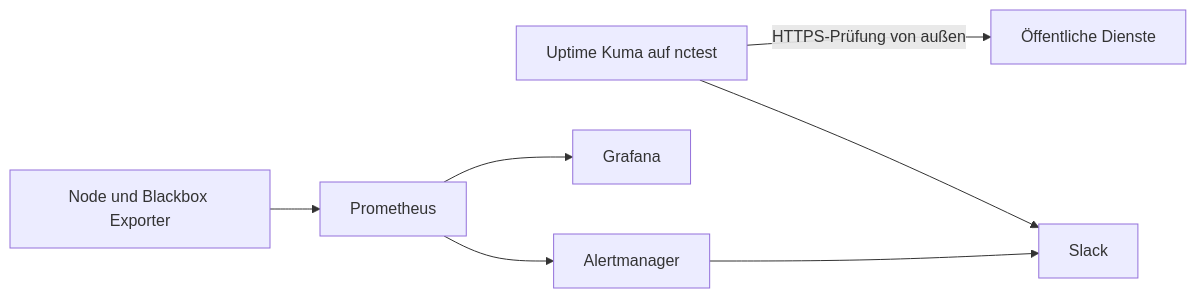
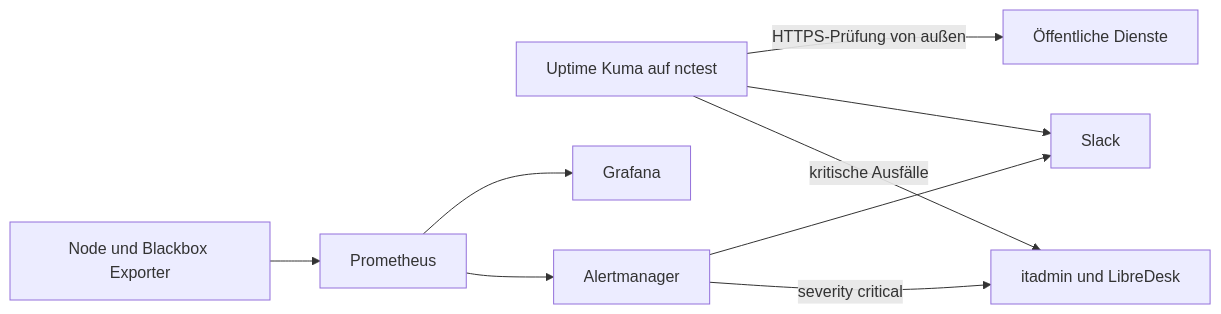
The diagram in docs/10-monitoring.md (zircula-ev/infrastructure), drawn with Mermaid before and after one commit. The commit also changed other lines of this file, not shown here.

````diff
--- a/docs/10-monitoring.md
+++ b/docs/10-monitoring.md
@@ -8,9 +8,11 @@
 ```mermaid
 flowchart LR
     Kuma[Uptime Kuma auf nctest] -->|HTTPS-Prüfung von außen| Public[Öffentliche Dienste]
     Exporter[Node und Blackbox Exporter] --> Prometheus
     Prometheus --> Grafana
     Prometheus --> Alertmanager
     Kuma --> Slack
+    Kuma -->|kritische Ausfälle| ITMail[itadmin und LibreDesk]
     Alertmanager --> Slack
+    Alertmanager -->|severity critical| ITMail
 ```
````
